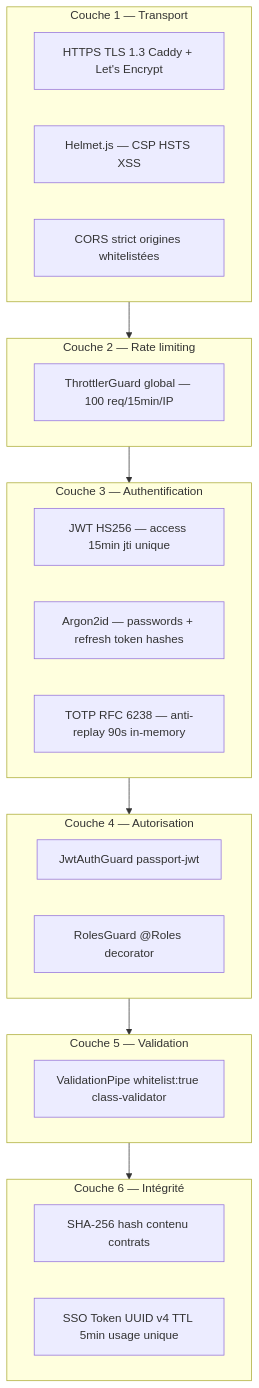
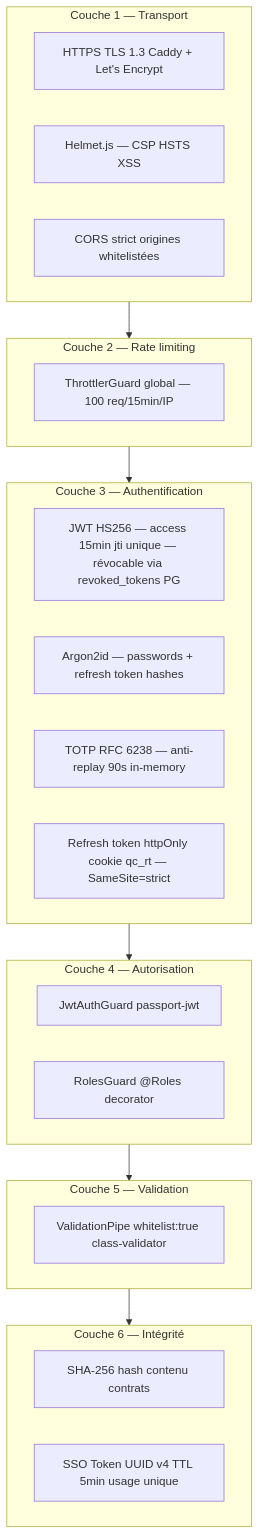
Diagram 15 of 16 in docs/ARCHITECTURE.md (creibaud/QuartierConnect), drawn with Mermaid before and after one commit. The commit also changed other lines of this file and 28 other files, not shown here.

First line of the commit message:
feat(auth): implement access token revocation and management

````diff
--- a/docs/ARCHITECTURE.md
+++ b/docs/ARCHITECTURE.md
@@ -513,29 +503,30 @@
 ```mermaid
 graph TD
     subgraph L1["Couche 1 — Transport"]
         HTTPS[HTTPS TLS 1.3 Caddy + Let's Encrypt]
         HELMET[Helmet.js — CSP HSTS XSS]
         CORS[CORS strict origines whitelistées]
     end
     subgraph L2["Couche 2 — Rate limiting"]
         THROTTLE[ThrottlerGuard global — 100 req/15min/IP]
     end
     subgraph L3["Couche 3 — Authentification"]
-        JWT[JWT HS256 — access 15min jti unique]
+        JWT[JWT HS256 — access 15min jti unique — révocable via revoked_tokens PG]
         ARGON2[Argon2id — passwords + refresh token hashes]
         TOTP[TOTP RFC 6238 — anti-replay 90s in-memory]
+        COOKIE[Refresh token httpOnly cookie qc_rt — SameSite=strict]
     end
     subgraph L4["Couche 4 — Autorisation"]
         JWTG[JwtAuthGuard passport-jwt]
         ROLESG[RolesGuard @Roles decorator]
     end
     subgraph L5["Couche 5 — Validation"]
         PIPE[ValidationPipe whitelist:true class-validator]
     end
     subgraph L6["Couche 6 — Intégrité"]
         SHA[SHA-256 hash contenu contrats]
         SSO2[SSO Token UUID v4 TTL 5min usage unique]
     end
 
     L1 --> L2 --> L3 --> L4 --> L5 --> L6
 ```
````
